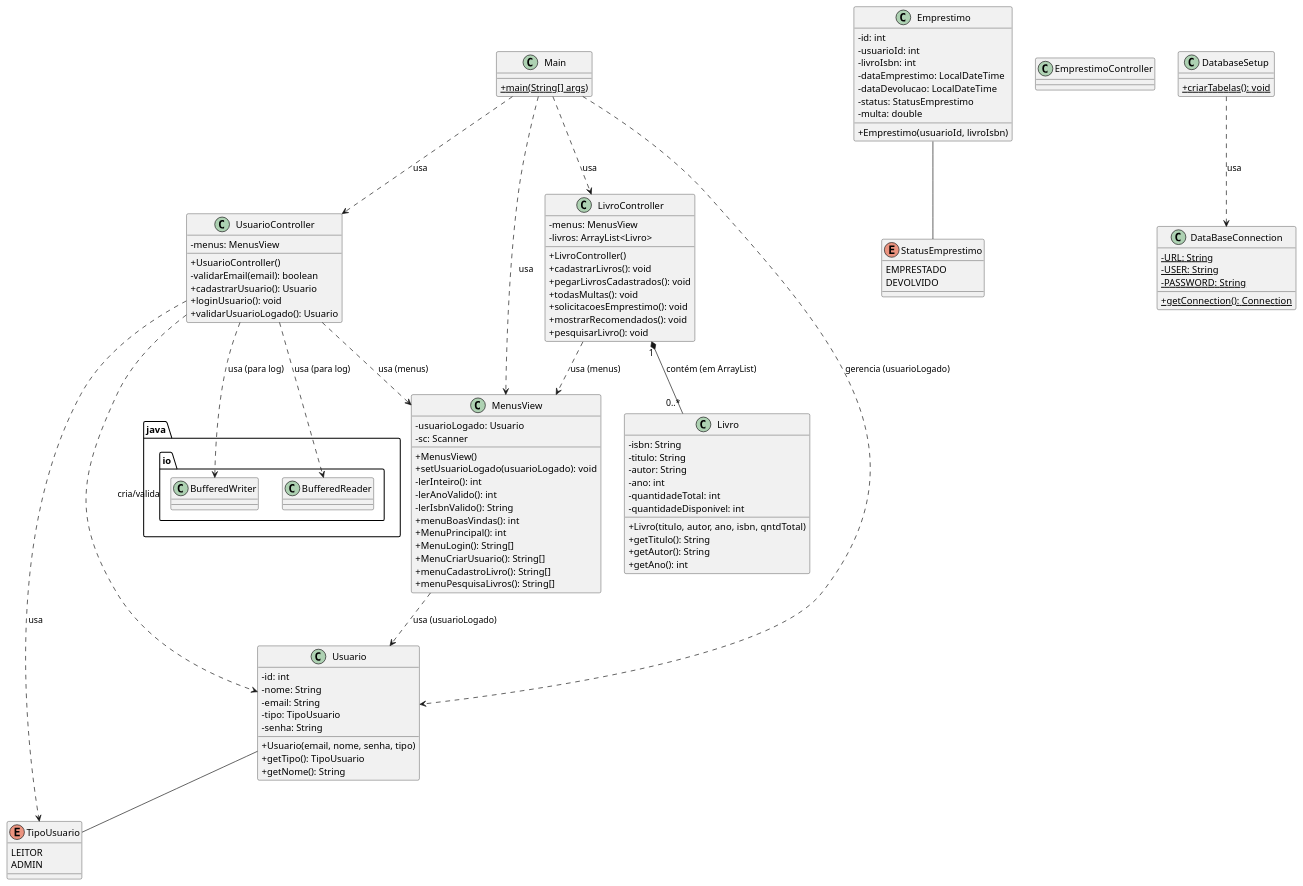
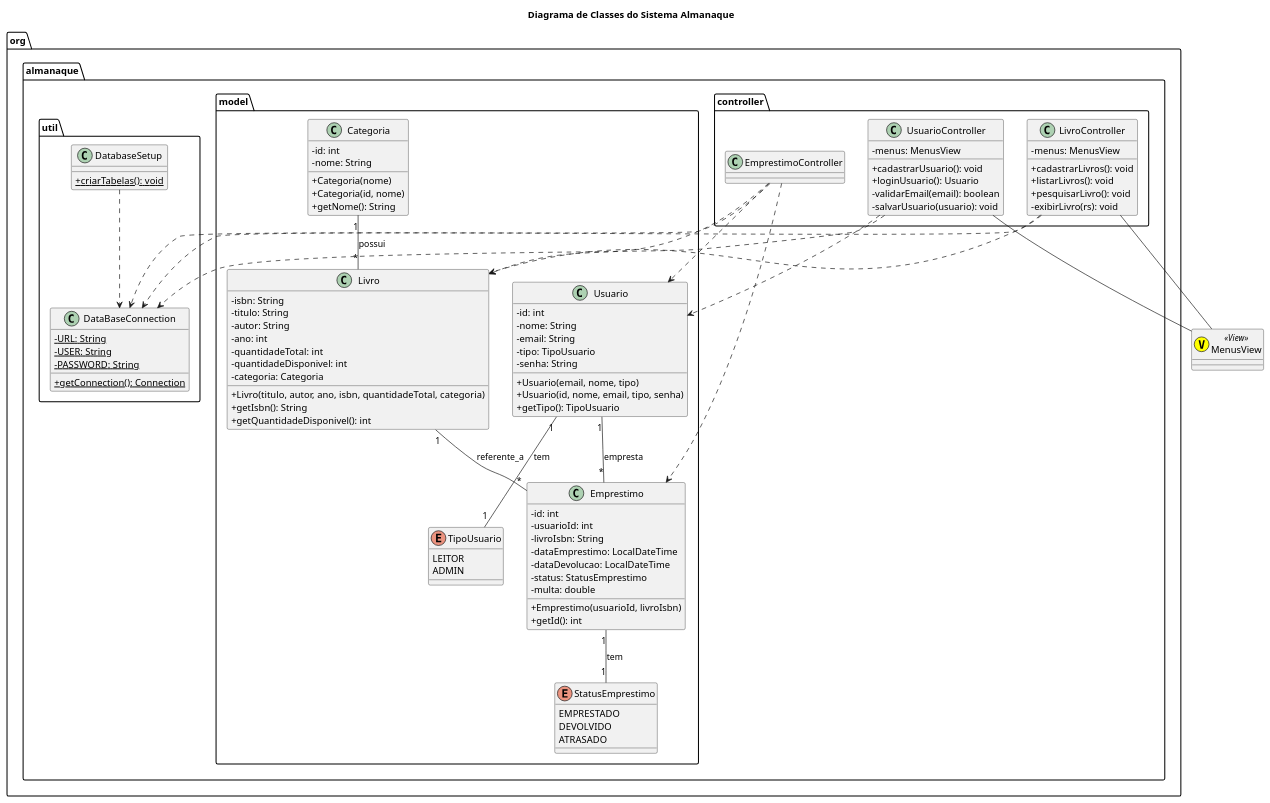
The diagram in docs/DiagramaDeClasse.puml (Demicouto/Projeto-Almanaque), drawn with PlantUML before and after one commit. The commit also changed 1 other file, not shown here.

Commit message:
docs(Diagramas): Refatoração dos diagramas.

```diff
--- a/docs/DiagramaDeClasse.puml
+++ b/docs/DiagramaDeClasse.puml
@@ -1,139 +1,145 @@
-@startuml
-' Configurações de aparência
-skinparam classAttributeIconSize 0
-hide emptymembers
-hide emptymethods
+@startuml AlmanaqueClassDiagram
 
-' Definição das Classes (Model)
-class Usuario {
-  - id: int
-  - nome: String
-  - email: String
-  - tipo: TipoUsuario
-  - senha: String
-  + Usuario(email, nome, senha, tipo)
-  + getTipo(): TipoUsuario
-  + getNome(): String
-  ' ... outros getters/setters
+title Diagrama de Classes do Sistema Almanaque
+
+skinparam ClassAttributeIconSize 0
+
+' ===================================================================
+' Model Classes (Entidades)
+' ===================================================================
+
+package "org.almanaque.model" {
+    enum TipoUsuario {
+        LEITOR
+        ADMIN
+    }
+
+    enum StatusEmprestimo {
+        EMPRESTADO
+        DEVOLVIDO
+        ATRASADO
+    }
+
+    class Usuario {
+        - id: int
+        - nome: String
+        - email: String
+        - tipo: TipoUsuario
+        - senha: String
+        + Usuario(email, nome, tipo)
+        + Usuario(id, nome, email, tipo, senha)
+        + getTipo(): TipoUsuario
+    }
+
+    class Categoria {
+        - id: int
+        - nome: String
+        + Categoria(nome)
+        + Categoria(id, nome)
+        + getNome(): String
+    }
+
+    class Livro {
+        - isbn: String
+        - titulo: String
+        - autor: String
+        - ano: int
+        - quantidadeTotal: int
+        - quantidadeDisponivel: int
+        - categoria: Categoria
+        + Livro(titulo, autor, ano, isbn, quantidadeTotal, categoria)
+        + getIsbn(): String
+        + getQuantidadeDisponivel(): int
+    }
+
+    class Emprestimo {
+        - id: int
+        - usuarioId: int
+        - livroIsbn: String
+        - dataEmprestimo: LocalDateTime
+        - dataDevolucao: LocalDateTime
+        - status: StatusEmprestimo
+        - multa: double
+        + Emprestimo(usuarioId, livroIsbn)
+        + getId(): int
+    }
+
+    ' Relacionamentos dos Models
+    Usuario "1" -- "*" Emprestimo : empresta
+    Livro "1" -- "*" Emprestimo : referente_a
+    Categoria "1" -- "*" Livro : possui
+
+    Usuario "1" -- "1" TipoUsuario : tem
+    Emprestimo "1" -- "1" StatusEmprestimo : tem
 }
 
-class Livro {
-  - isbn: String
-  - titulo: String
-  - autor: String
-  - ano: int
-  - quantidadeTotal: int
-  - quantidadeDisponivel: int
-  + Livro(titulo, autor, ano, isbn, qntdTotal)
-  + getTitulo(): String
-  + getAutor(): String
-  + getAno(): int
-  ' ... outros getters/setters
+' ===================================================================
+' Controller Classes (Lógica de Negócio)
+' ===================================================================
+
+package "org.almanaque.controller" {
+    class UsuarioController {
+        - menus: MenusView
+        + cadastrarUsuario(): void
+        + loginUsuario(): Usuario
+        - validarEmail(email): boolean
+        - salvarUsuario(usuario): void
+    }
+
+    class LivroController {
+        - menus: MenusView
+        + cadastrarLivros(): void
+        + listarLivros(): void
+        + pesquisarLivro(): void
+        - exibirLivro(rs): void
+    }
+
+    class EmprestimoController {
+        ' Métodos a serem adicionados:
+        ' + realizarEmprestimo(): void
+        ' + realizarDevolucao(): void
+    }
 }
 
-class Emprestimo {
-  - id: int
-  - usuarioId: int
-  - livroIsbn: int
-  - dataEmprestimo: LocalDateTime
-  - dataDevolucao: LocalDateTime
-  - status: StatusEmprestimo
-  - multa: double
-  + Emprestimo(usuarioId, livroIsbn)
-  ' ... getters/setters
+' ===================================================================
+' Utility Classes (Infraestrutura)
+' ===================================================================
+
+package "org.almanaque.util" {
+    class DataBaseConnection {
+        - {static} URL: String
+        - {static} USER: String
+        - {static} PASSWORD: String
+        + {static} getConnection(): Connection
+    }
+
+    class DatabaseSetup {
+        + {static} criarTabelas(): void
+    }
 }
 
-enum TipoUsuario {
-  LEITOR
-  ADMIN
-}
+' ===================================================================
+' Relações de Dependência
+' ===================================================================
 
-enum StatusEmprestimo {
-  EMPRESTADO
-  DEVOLVIDO
-}
+' Controladores dependem das Entidades
+UsuarioController ..> Usuario
+LivroController ..> Livro
+EmprestimoController ..> Emprestimo
+EmprestimoController ..> Usuario
+EmprestimoController ..> Livro
 
-' Definição das Classes (Controller)
-class UsuarioController {
-  - menus: MenusView
-  + UsuarioController()
-  - validarEmail(email): boolean
-  + cadastrarUsuario(): Usuario
-  + loginUsuario(): void
-  + validarUsuarioLogado(): Usuario
-}
+' Controladores e Setup dependem da Conexão
+UsuarioController ..> DataBaseConnection
+LivroController ..> DataBaseConnection
+EmprestimoController ..> DataBaseConnection
+DatabaseSetup ..> DataBaseConnection
 
-class LivroController {
-  - menus: MenusView
-  - livros: ArrayList<Livro>
-  + LivroController()
-  + cadastrarLivros(): void
-  + pegarLivrosCadastrados(): void
-  + todasMultas(): void
-  + solicitacoesEmprestimo(): void
-  + mostrarRecomendados(): void
-  + pesquisarLivro(): void
-}
+' Dependência de Views (assumindo a classe MenusView existe fora dos arquivos fornecidos, mas é usada)
+' A MenusView é implicitamente uma dependência via composição (campo privado)
+class MenusView << (V,yellow) View >>
 
-class EmprestimoController {
-  ' Classe Vazia
-}
-
-' Definição das Classes (View)
-class MenusView {
-  - usuarioLogado: Usuario
-  - sc: Scanner
-  + MenusView()
-  + setUsuarioLogado(usuarioLogado): void
-  - lerInteiro(): int
-  - lerAnoValido(): int
-  - lerIsbnValido(): String
-  + menuBoasVindas(): int
-  + MenuPrincipal(): int
-  + MenuLogin(): String[]
-  + MenuCriarUsuario(): String[]
-  + menuCadastroLivro(): String[]
-  + menuPesquisaLivros(): String[]
-}
-
-' Definição das Classes (Util)
-class DataBaseConnection {
-  - {static} URL: String
-  - {static} USER: String
-  - {static} PASSWORD: String
-  + {static} getConnection(): Connection
-}
-
-class DatabaseSetup {
-  + {static} criarTabelas(): void
-}
-
-' Definição da Classe Principal (Main)
-class Main {
-  + {static} main(String[] args)
-}
-
-' Relacionamentos
-Main ..> UsuarioController : "usa"
-Main ..> LivroController : "usa"
-Main ..> MenusView : "usa"
-Main ..> Usuario : "gerencia (usuarioLogado)"
-
-UsuarioController ..> MenusView : "usa (menus)"
-UsuarioController ..> Usuario : "cria/valida"
-UsuarioController ..> TipoUsuario : "usa"
-' A implementação atual usa I/O de arquivo, não o DataBaseConnection
-UsuarioController ..> "java.io.BufferedWriter" : "usa (para log)"
-UsuarioController ..> "java.io.BufferedReader" : "usa (para log)"
-
-LivroController ..> MenusView : "usa (menus)"
-LivroController "1" *-- "0..*" Livro : "contém (em ArrayList)"
-
-MenusView ..> Usuario : "usa (usuarioLogado)"
-
-DatabaseSetup ..> DataBaseConnection : "usa"
-
-Usuario -- TipoUsuario
-Emprestimo -- StatusEmprestimo
+UsuarioController -- MenusView
+LivroController -- MenusView
 
 @enduml
```
